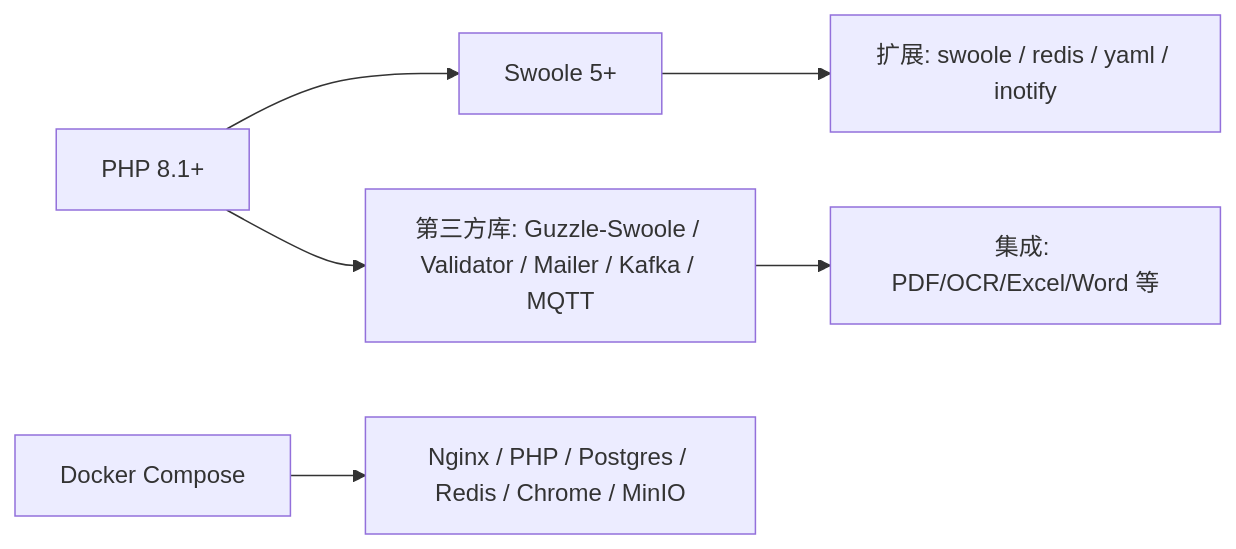
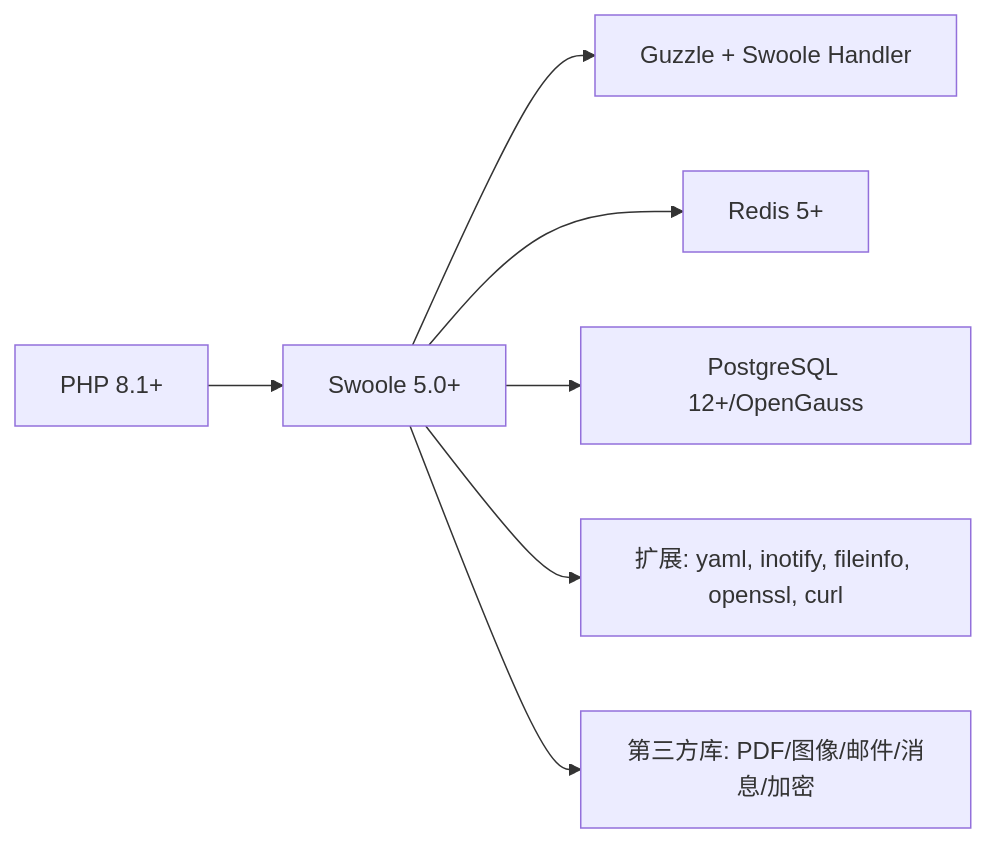
The seventh of 7 diagrams in repowiki/zh/content/项目概述.md (sxlianlinbin/process_rules), drawn with Mermaid before and after one commit. The commit also changed other lines of this file and 207 other files, not shown here.

````diff
--- a/repowiki/zh/content/项目概述.md
+++ b/repowiki/zh/content/项目概述.md
@@ -295,8 +310,9 @@
 ```mermaid
 graph LR
-PHP["PHP 8.1+"] --> Swoole["Swoole 5+"]
-Swoole --> Ext1["扩展: swoole / redis / yaml / inotify"]
-PHP --> Libs["第三方库: Guzzle-Swoole / Validator / Mailer / Kafka / MQTT"]
-Libs --> Integrations["集成: PDF/OCR/Excel/Word 等"]
-Docker["Docker Compose"] --> Services["Nginx / PHP / Postgres / Redis / Chrome / MinIO"]
+PHP["PHP 8.1+"] --> SW["Swoole 5.0+"]
+SW --> GZ["Guzzle + Swoole Handler"]
+SW --> RED["Redis 5+"]
+SW --> PG["PostgreSQL 12+/OpenGauss"]
+SW --> EXT["扩展: yaml, inotify, fileinfo, openssl, curl"]
+SW --> LIB["第三方库: PDF/图像/邮件/消息/加密"]
 ```
````
